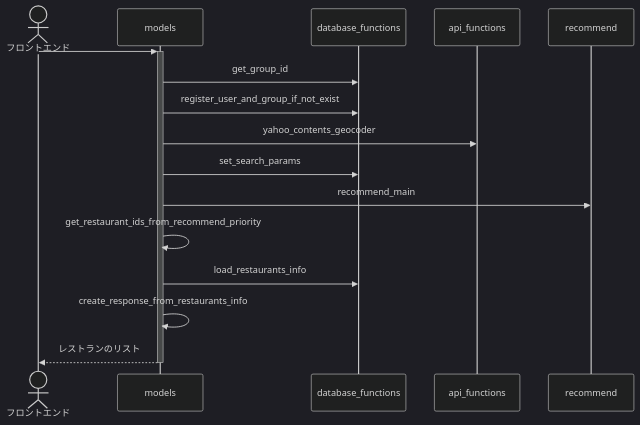
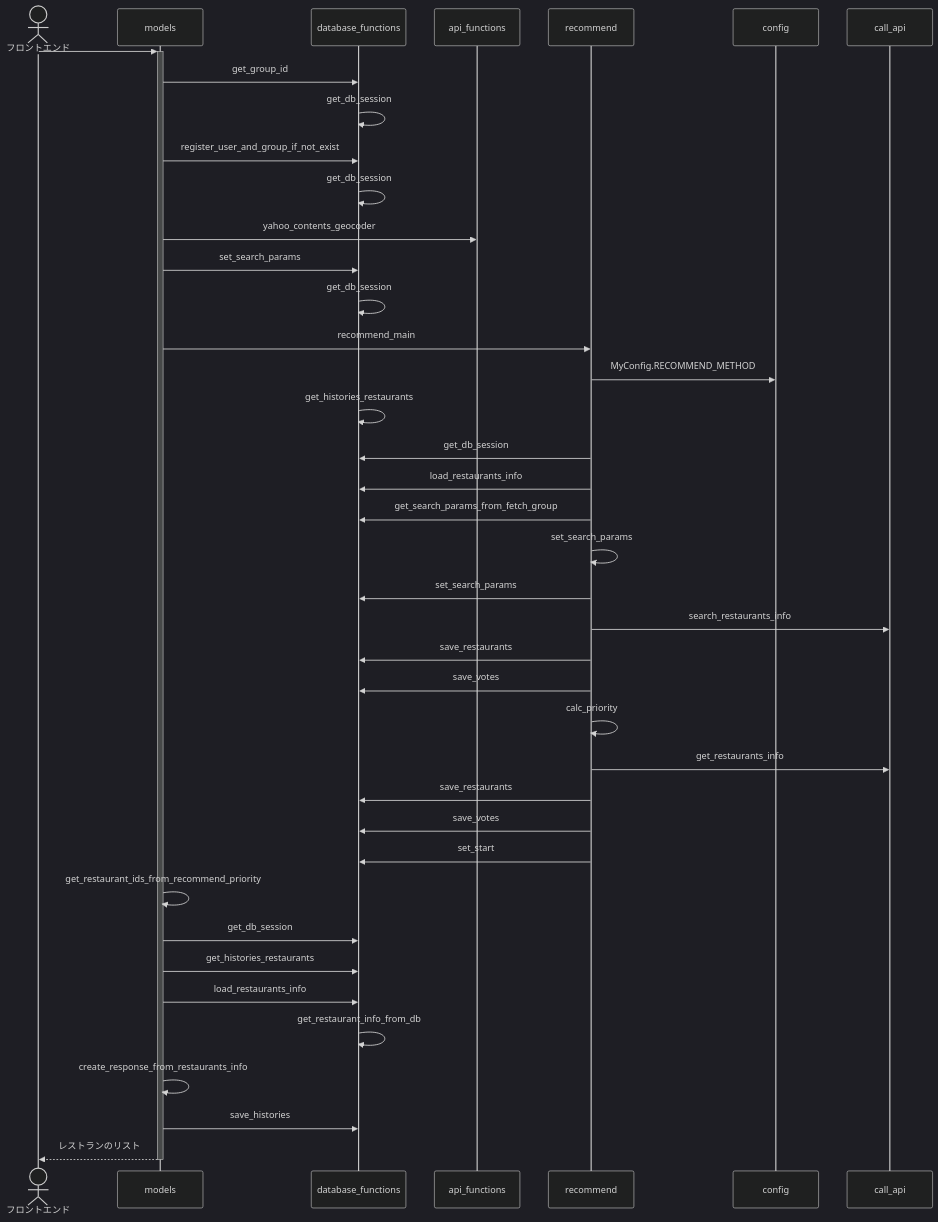
The third of 6 diagrams in python-flask/SequenceDiagram.md (seal-git/22zemi), drawn with Mermaid (dark theme) before and after one commit.

````diff
--- a/python-flask/SequenceDiagram.md
+++ b/python-flask/SequenceDiagram.md
@@ -34,15 +34,37 @@
 ```mermaid
 sequenceDiagram
     actor フロントエンド
     
     フロントエンド ->>+ models : 
     models ->> database_functions : get_group_id
+    database_functions ->> database_functions : get_db_session
     models ->> database_functions : register_user_and_group_if_not_exist
+    database_functions ->> database_functions : get_db_session
     models ->> api_functions : yahoo_contents_geocoder
     models ->> database_functions : set_search_params
+    database_functions ->> database_functions : get_db_session
     models ->> recommend : recommend_main
+    recommend ->> config : MyConfig.RECOMMEND_METHOD
+    database_functions ->> database_functions : get_histories_restaurants
+    recommend ->> database_functions : get_db_session
+    recommend ->> database_functions : load_restaurants_info
+    recommend ->> database_functions : get_search_params_from_fetch_group
+    recommend ->> recommend : set_search_params
+    recommend ->> database_functions : set_search_params
+    recommend ->> call_api : search_restaurants_info
+    recommend ->> database_functions : save_restaurants
+    recommend ->> database_functions : save_votes
+    recommend ->> recommend : calc_priority
+    recommend ->> call_api : get_restaurants_info
+    recommend ->> database_functions : save_restaurants
+    recommend ->> database_functions : save_votes
+    recommend ->> database_functions : set_start
     models ->> models : get_restaurant_ids_from_recommend_priority
+    models ->> database_functions : get_db_session
+    models ->> database_functions : get_histories_restaurants
     models ->> database_functions : load_restaurants_info
+    database_functions ->> database_functions : get_restaurant_info_from_db
     models ->> models : create_response_from_restaurants_info
+    models ->> database_functions : save_histories
     models -->>- フロントエンド : レストランのリスト
 ```
````
